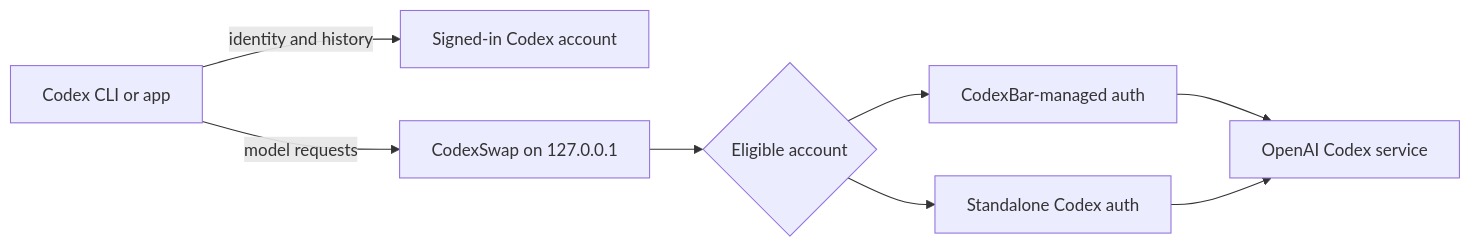
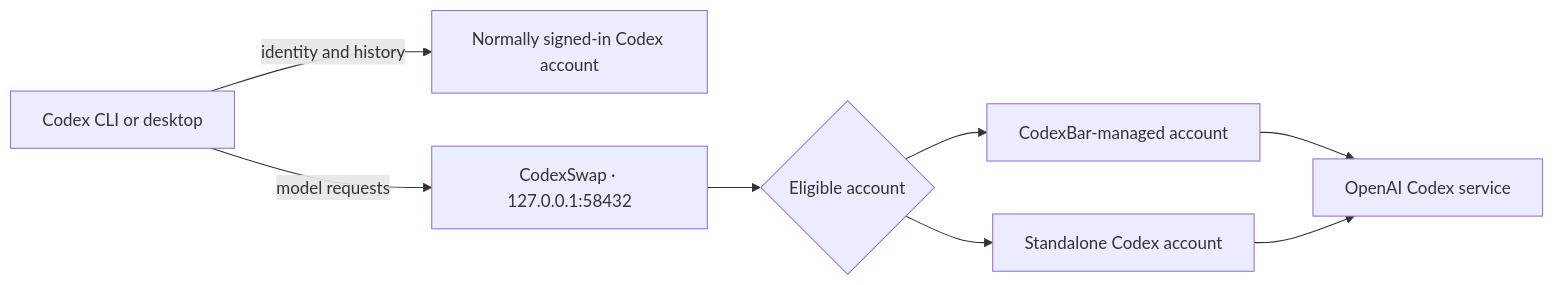
One commit to M1Vj/CodexSwap changed the diagram in README.md. Above: the diagram before and after it, drawn with Mermaid. The commit also changed other lines of this file, not shown here.

````diff
--- a/README.md
+++ b/README.md
@@ -118,10 +109,10 @@
 ```mermaid
 flowchart LR
-    C["Codex CLI or app"] -->|"identity and history"| H["Signed-in Codex account"]
-    C -->|"model requests"| P["CodexSwap on 127.0.0.1"]
+    C["Codex CLI or desktop"] -->|"identity and history"| H["Normally signed-in Codex account"]
+    C -->|"model requests"| P["CodexSwap · 127.0.0.1:58432"]
     P --> R{"Eligible account"}
-    R --> B["CodexBar-managed auth"]
-    R --> S["Standalone Codex auth"]
+    R --> B["CodexBar-managed account"]
+    R --> S["Standalone Codex account"]
     B --> O["OpenAI Codex service"]
     S --> O
 ```
````
